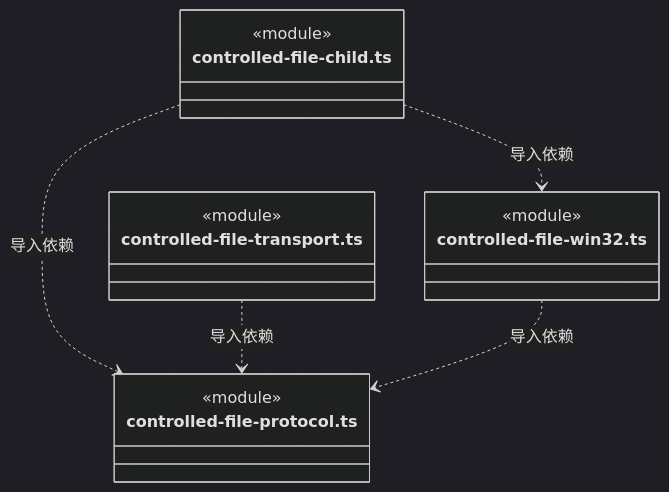
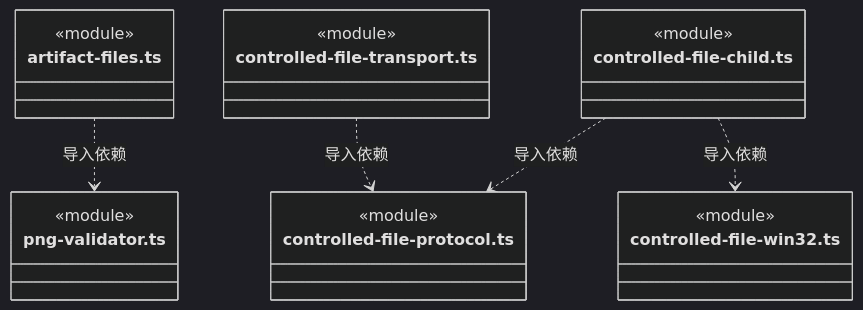
One commit to nan023062/cbim changed diagram 21 of 22 in src/backend/main/platform/ARCHITECTURE.md. Above: the diagram before and after it, drawn with Mermaid (dark theme). The commit also changed other lines of this file and 47 other files, not shown here.

````diff
--- a/src/backend/main/platform/ARCHITECTURE.md
+++ b/src/backend/main/platform/ARCHITECTURE.md
@@ -431,19 +463,25 @@
 ```mermaid
 classDiagram
+class N_src_backend_main_platform_artifact_files_ts["artifact-files.ts"] {
+  <<module>>
+}
+class N_src_backend_main_platform_png_validator_ts["png-validator.ts"] {
+  <<module>>
+}
 class N_src_backend_main_platform_controlled_file_child_ts["controlled-file-child.ts"] {
   <<module>>
 }
 class N_src_backend_main_platform_controlled_file_protocol_ts["controlled-file-protocol.ts"] {
   <<module>>
 }
 class N_src_backend_main_platform_controlled_file_win32_ts["controlled-file-win32.ts"] {
   <<module>>
 }
 class N_src_backend_main_platform_controlled_file_transport_ts["controlled-file-transport.ts"] {
   <<module>>
 }
+N_src_backend_main_platform_artifact_files_ts ..> N_src_backend_main_platform_png_validator_ts : 导入依赖
 N_src_backend_main_platform_controlled_file_child_ts ..> N_src_backend_main_platform_controlled_file_protocol_ts : 导入依赖
 N_src_backend_main_platform_controlled_file_child_ts ..> N_src_backend_main_platform_controlled_file_win32_ts : 导入依赖
 N_src_backend_main_platform_controlled_file_transport_ts ..> N_src_backend_main_platform_controlled_file_protocol_ts : 导入依赖
-N_src_backend_main_platform_controlled_file_win32_ts ..> N_src_backend_main_platform_controlled_file_protocol_ts : 导入依赖
 ```
````
